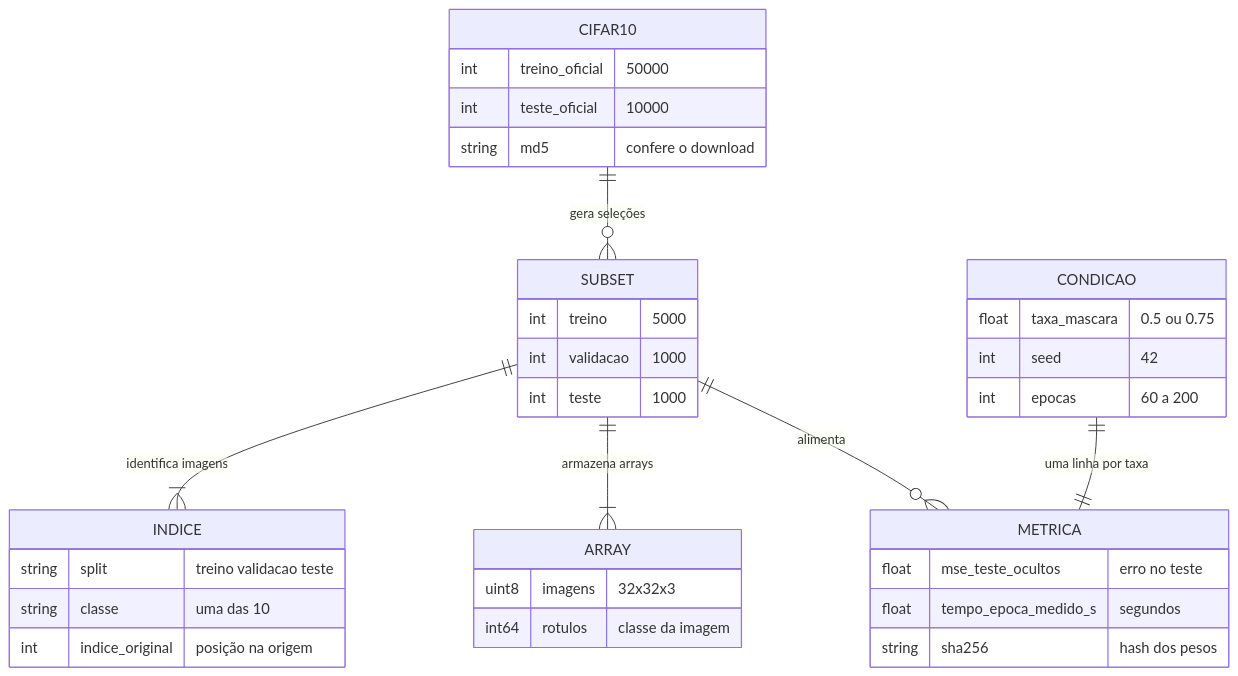
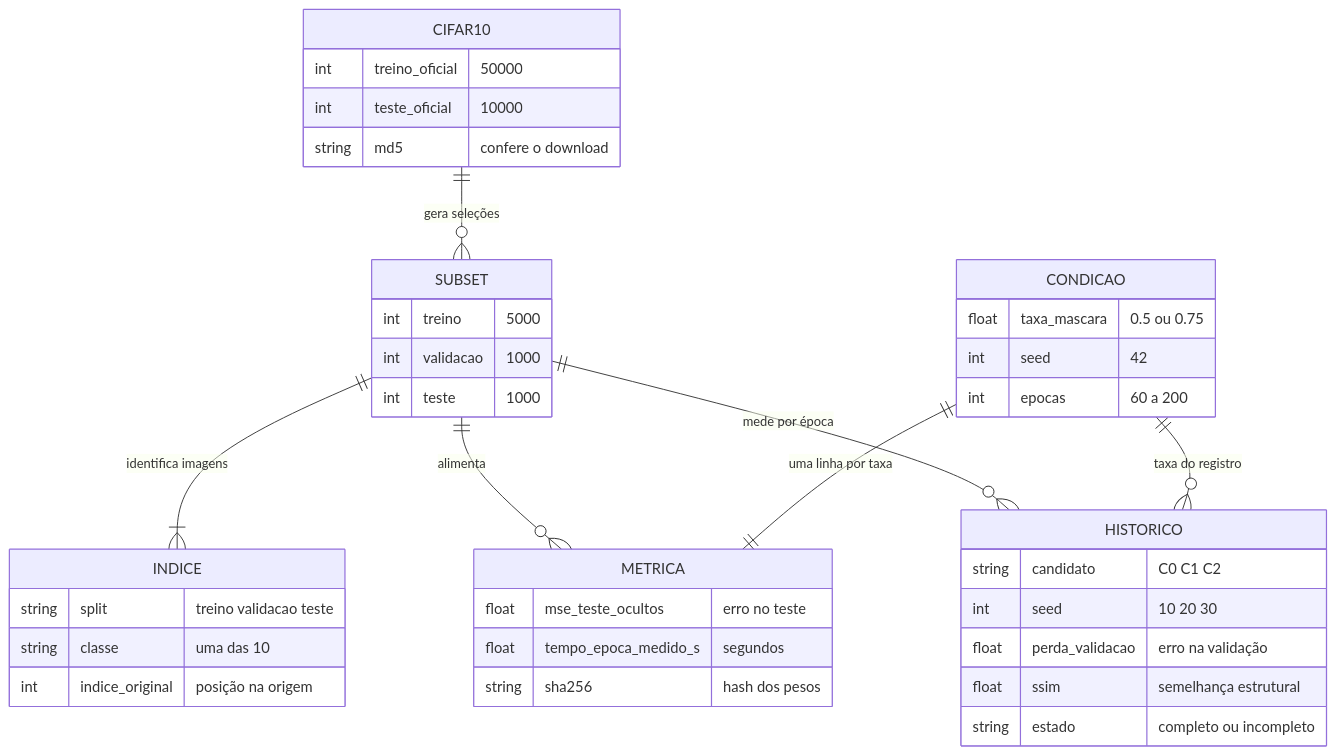
Before and after one commit to frederico-mello/seminario-masked-modeling: the diagram in docs/explicacao-seminario-masked-modeling/04-dados.md, drawn with Mermaid. The commit also changed other lines of this file and 11 other files, not shown here.

````diff
--- a/docs/explicacao-seminario-masked-modeling/04-dados.md
+++ b/docs/explicacao-seminario-masked-modeling/04-dados.md
@@ -9,37 +9,41 @@
 ```mermaid
 erDiagram
     CIFAR10 {
         int treino_oficial "50000"
         int teste_oficial "10000"
         string md5 "confere o download"
     }
     SUBSET {
         int treino "5000"
         int validacao "1000"
         int teste "1000"
     }
     INDICE {
         string split "treino validacao teste"
         string classe "uma das 10"
         int indice_original "posição na origem"
     }
-    ARRAY {
-        uint8 imagens "32x32x3"
-        int64 rotulos "classe da imagem"
-    }
     CONDICAO {
         float taxa_mascara "0.5 ou 0.75"
         int seed "42"
         int epocas "60 a 200"
     }
     METRICA {
         float mse_teste_ocultos "erro no teste"
         float tempo_epoca_medido_s "segundos"
         string sha256 "hash dos pesos"
     }
+    HISTORICO {
+        string candidato "C0 C1 C2"
+        int seed "10 20 30"
+        float perda_validacao "erro na validação"
+        float ssim "semelhança estrutural"
+        string estado "completo ou incompleto"
+    }
     CIFAR10 ||--o{ SUBSET : "gera seleções"
     SUBSET ||--|{ INDICE : "identifica imagens"
-    SUBSET ||--|{ ARRAY : "armazena arrays"
     SUBSET ||--o{ METRICA : "alimenta"
     CONDICAO ||--|| METRICA : "uma linha por taxa"
+    SUBSET ||--o{ HISTORICO : "mede por época"
+    CONDICAO ||--o{ HISTORICO : "taxa do registro"
 ```
````
